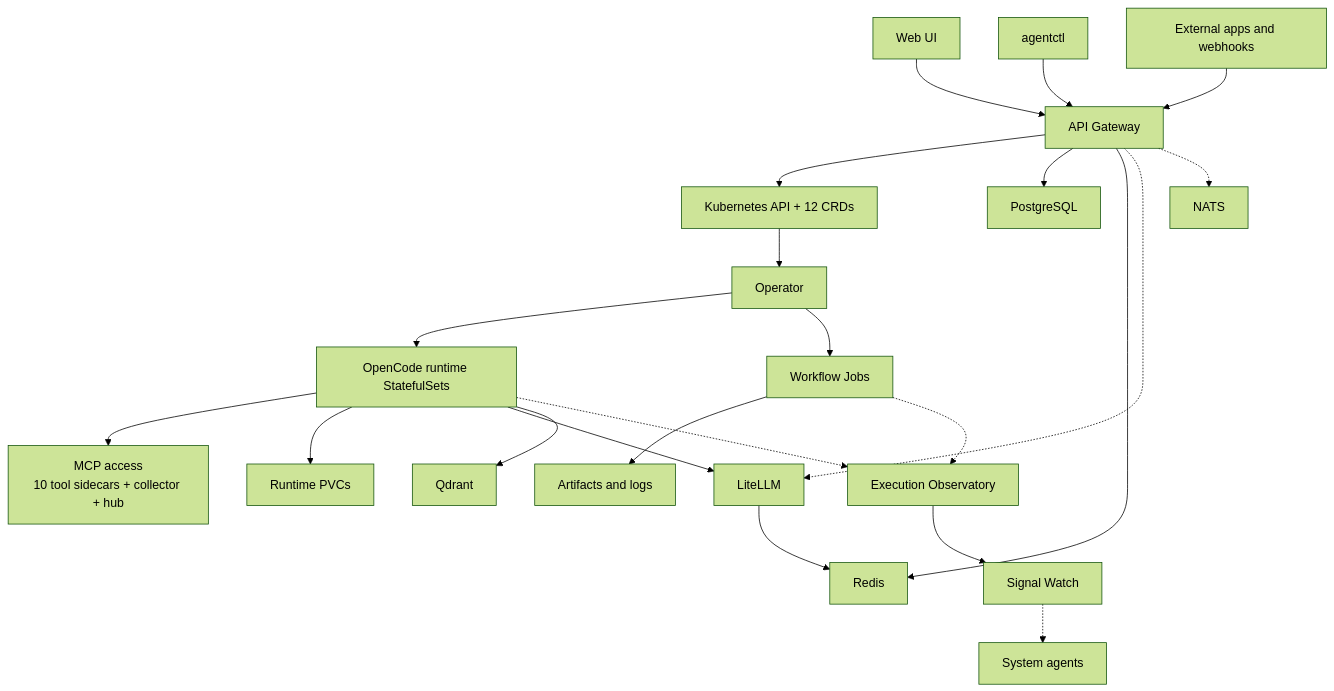
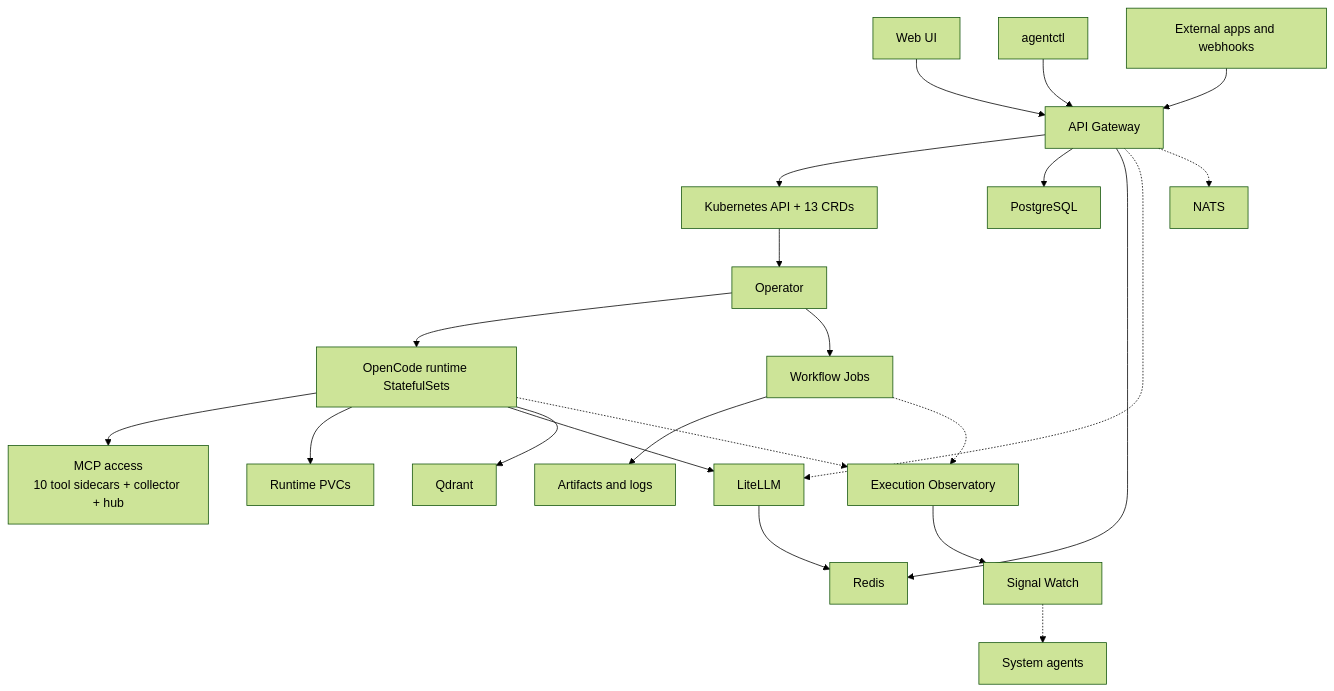
Before and after one commit to ykbytes/kubesynapse.ai: the second of 6 diagrams in docs/architecture.md, drawn with Mermaid (forest theme). The commit also changed other lines of this file and 19 other files, not shown here.

````diff
--- a/docs/architecture.md
+++ b/docs/architecture.md
@@ -77,53 +79,53 @@
 ```mermaid
 flowchart TB
     UI[Web UI]
     CLI[agentctl]
     EXT[External apps and webhooks]
 
     GW[API Gateway]
-    K8S[Kubernetes API + 12 CRDs]
+    K8S[Kubernetes API + 13 CRDs]
     OP[Operator]
 
     OC[OpenCode runtime StatefulSets]
     JOB[Workflow Jobs]
     MCP[MCP access\n10 tool sidecars + collector + hub]
     PVC[Runtime PVCs]
     ART[Artifacts and logs]
 
     LLM[LiteLLM]
     PG[PostgreSQL]
     REDIS[Redis]
     QDRANT[Qdrant]
     NATS[NATS]
 
     TRACE[Execution Observatory]
     SIGNAL[Signal Watch]
     SYS[System agents]
 
     UI --> GW
     CLI --> GW
     EXT --> GW
 
     GW --> K8S
     GW --> PG
     GW --> REDIS
     GW -.-> LLM
     GW -.-> NATS
 
     K8S --> OP
     OP --> OC
     OP --> JOB
 
     OC --> MCP
     OC --> PVC
     OC --> LLM
     OC --> QDRANT
 
     JOB --> ART
     LLM --> REDIS
 
     OC -.-> TRACE
     JOB -.-> TRACE
     TRACE --> SIGNAL
     SIGNAL -.-> SYS
 ```
````
